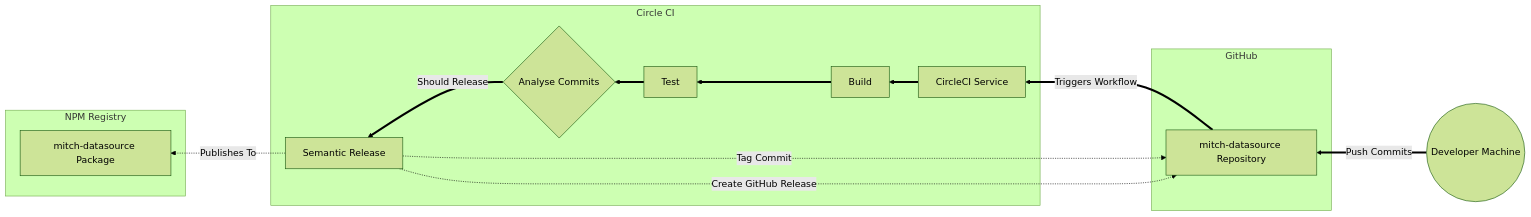
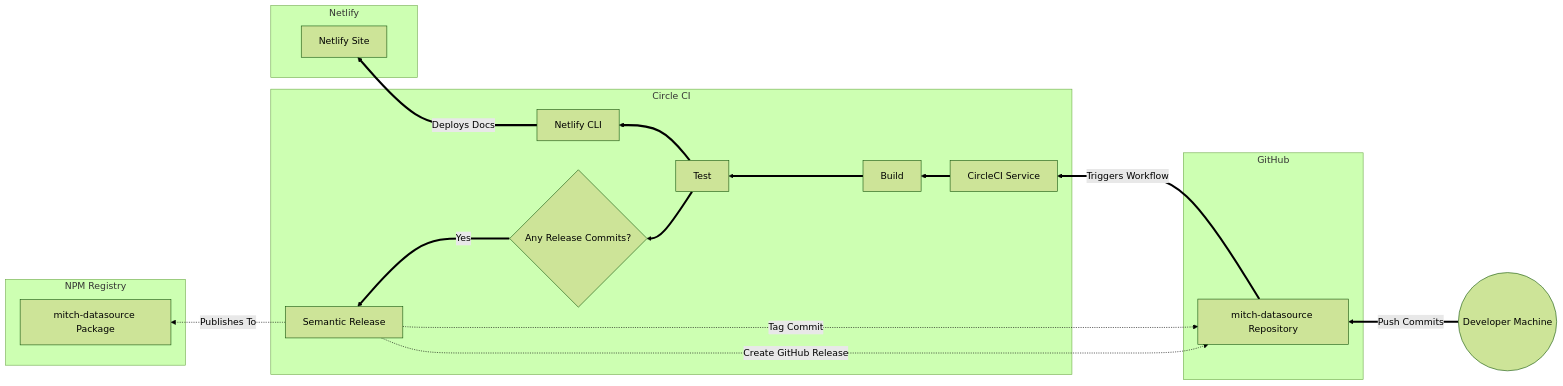
One commit to deltoss/mitch-datasource changed the diagram in projects/mitch-datasource-documentation/manual/asset/CircleCI Workflow.mmd. Above: the diagram before and after it, drawn with Mermaid (forest theme). The commit also changed 15 other files, not shown here.

```diff
--- a/projects/mitch-datasource-documentation/manual/asset/CircleCI Workflow.mmd
+++ b/projects/mitch-datasource-documentation/manual/asset/CircleCI Workflow.mmd
@@ -1,19 +1,24 @@
 graph RL;
     DeveloperMachine((Developer Machine))
     subgraph GitHub
         Repo[mitch-datasource Repository];
     end
     DeveloperMachine == Push Commits ==> Repo;
     Repo == Triggers Workflow ==> CICDService;
     subgraph Circle CI
         CICDService[CircleCI Service] ==> Build
         Build ==> Test
-        Test ==> CommitAnalysis{Analyse Commits}
-        CommitAnalysis ==>|Should Release| SemanticRelease[Semantic Release]
+        Test ==> NetlifyCli[Netlify CLI]
+        Test ==> CommitAnalysis{Any Release Commits?}
+        CommitAnalysis ==>|Yes| SemanticRelease[Semantic Release]
     end
+    NetlifyCli == Deploys Docs ==> NetlifySite
     SemanticRelease -. Publishes To .-> npmpackage[mitch-datasource Package];
     SemanticRelease -. Tag Commit .-> Repo;
     SemanticRelease -. Create GitHub Release .-> Repo;
+    subgraph Netlify
+        NetlifySite[Netlify Site]
+    end
     subgraph NPM Registry
         npmpackage
     end
```
